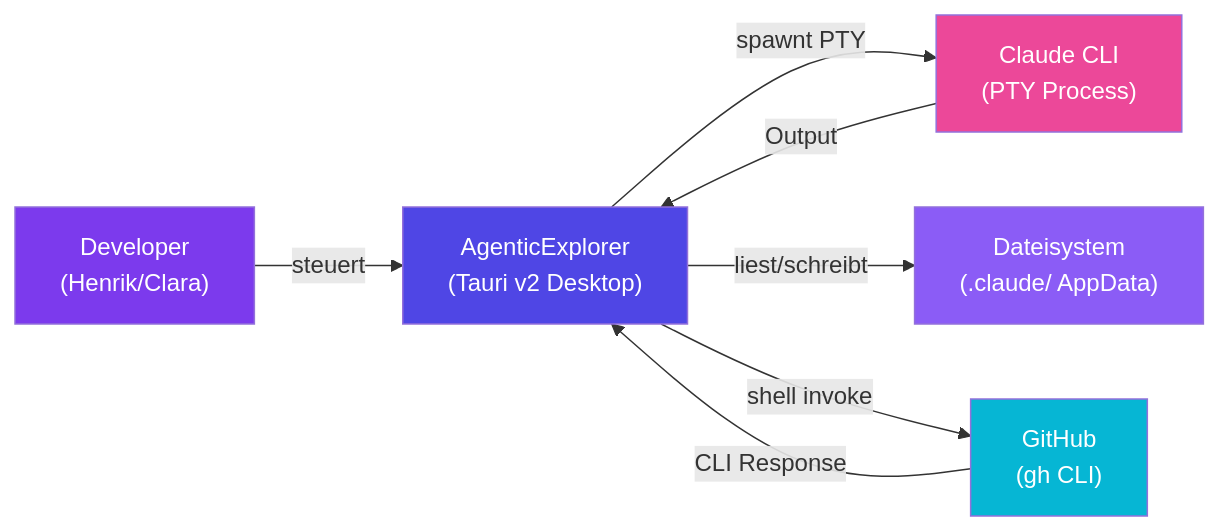
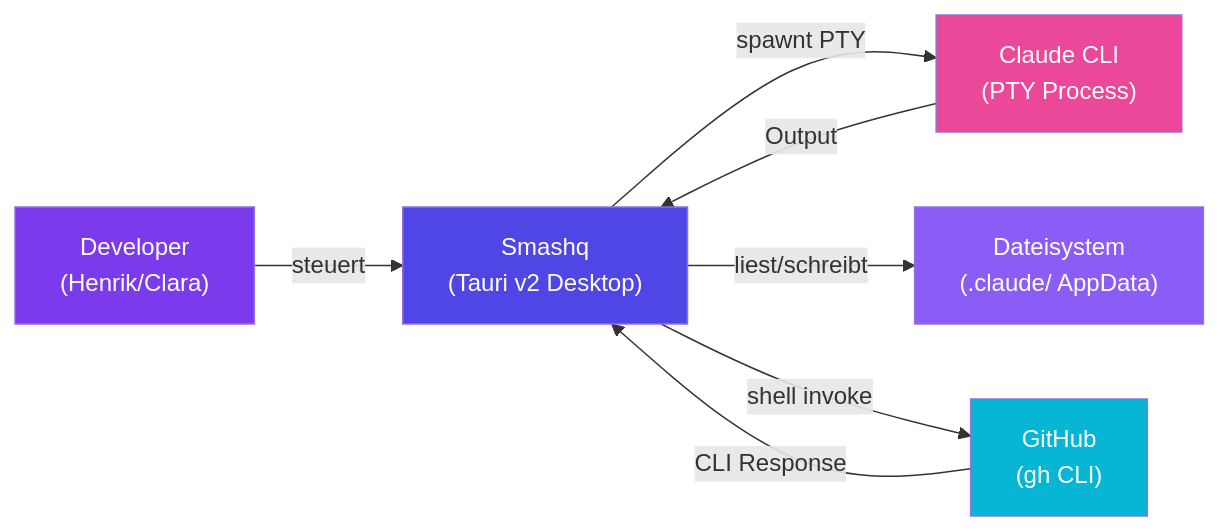
Before and after one commit to ARO-LABS/smashq: the second of 24 diagrams in Softwareprozess/arc42-specification.md, drawn with Mermaid. The commit also changed other lines of this file, not shown here.

First line of the commit message:
docs(arc42): Master-Spec mit Smashq-1.0.0-Realitaet abgleichen

````diff
--- a/Softwareprozess/arc42-specification.md
+++ b/Softwareprozess/arc42-specification.md
@@ -98,21 +98,21 @@
 ```mermaid
 graph LR
     Developer["Developer<br/>(Henrik/Clara)"]
-    App["AgenticExplorer<br/>(Tauri v2 Desktop)"]
+    App["Smashq<br/>(Tauri v2 Desktop)"]
     Claude["Claude CLI<br/>(PTY Process)"]
     GitHub["GitHub<br/>(gh CLI)"]
     FileSystem["Dateisystem<br/>(.claude/ AppData)"]
 
     Developer -->|steuert| App
     App -->|spawnt PTY| Claude
     Claude -->|Output| App
     App -->|liest/schreibt| FileSystem
     App -->|shell invoke| GitHub
     GitHub -->|CLI Response| App
 
     style App fill:#4f46e5,color:#fff
     style Developer fill:#7c3aed,color:#fff
     style Claude fill:#ec4899,color:#fff
     style GitHub fill:#06b6d4,color:#fff
     style FileSystem fill:#8b5cf6,color:#fff
 ```
````
